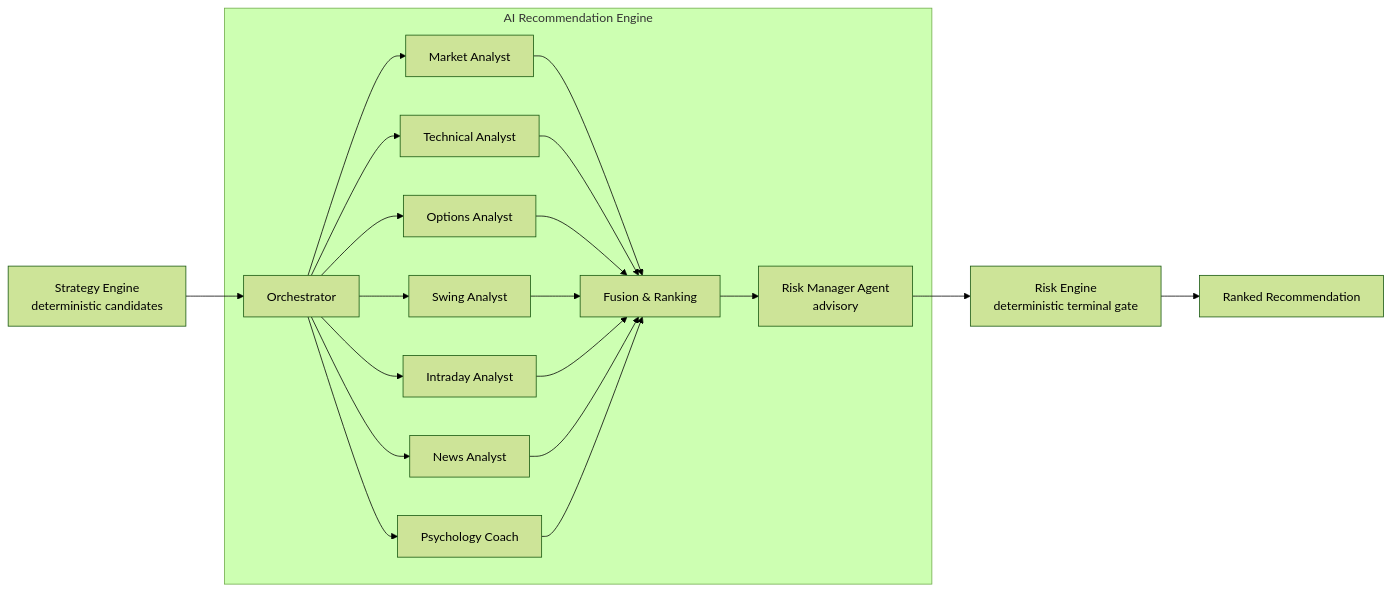
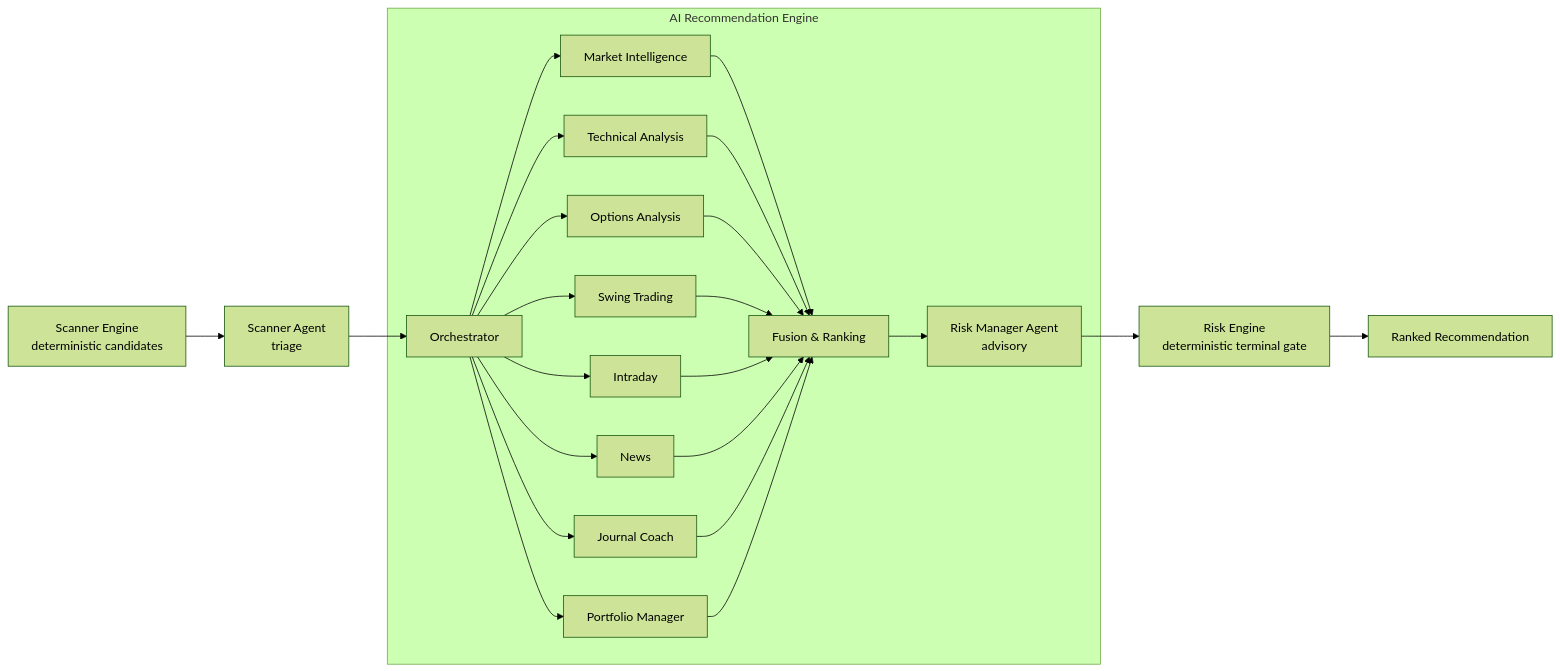
One commit to vivekabgowda/peace_maker changed the first of 3 diagrams in docs/06-ai-agents.md. Above: the diagram before and after it, drawn with Mermaid (forest theme). The commit also changed other lines of this file and 8 other files, not shown here.

First line of the commit message:
docs: add consolidated Software Design Document + architecture-phase updates

````diff
--- a/docs/06-ai-agents.md
+++ b/docs/06-ai-agents.md
@@ -20,17 +20,19 @@
 ```mermaid
 flowchart LR
-    ST[Strategy Engine<br/>deterministic candidates] --> ORCH
+    SC[Scanner Engine<br/>deterministic candidates] --> SAG[Scanner Agent<br/>triage]
+    SAG --> ORCH
     subgraph AIE["AI Recommendation Engine"]
-        ORCH[Orchestrator] --> MA[Market Analyst]
-        ORCH --> TA[Technical Analyst]
-        ORCH --> OA[Options Analyst]
-        ORCH --> SA[Swing Analyst]
-        ORCH --> IA[Intraday Analyst]
-        ORCH --> NA[News Analyst]
-        ORCH --> PC[Psychology Coach]
-        MA & TA & OA & SA & IA & NA & PC --> FUSE[Fusion & Ranking]
+        ORCH[Orchestrator] --> MI[Market Intelligence]
+        ORCH --> TA[Technical Analysis]
+        ORCH --> OA[Options Analysis]
+        ORCH --> SW[Swing Trading]
+        ORCH --> IA[Intraday]
+        ORCH --> NA[News]
+        ORCH --> JC[Journal Coach]
+        ORCH --> PM[Portfolio Manager]
+        MI & TA & OA & SW & IA & NA & JC & PM --> FUSE[Fusion & Ranking]
         FUSE --> RMg[Risk Manager Agent<br/>advisory]
     end
     RMg --> RE[Risk Engine<br/>deterministic terminal gate]
     RE --> OUT[Ranked Recommendation]
 ```
````
